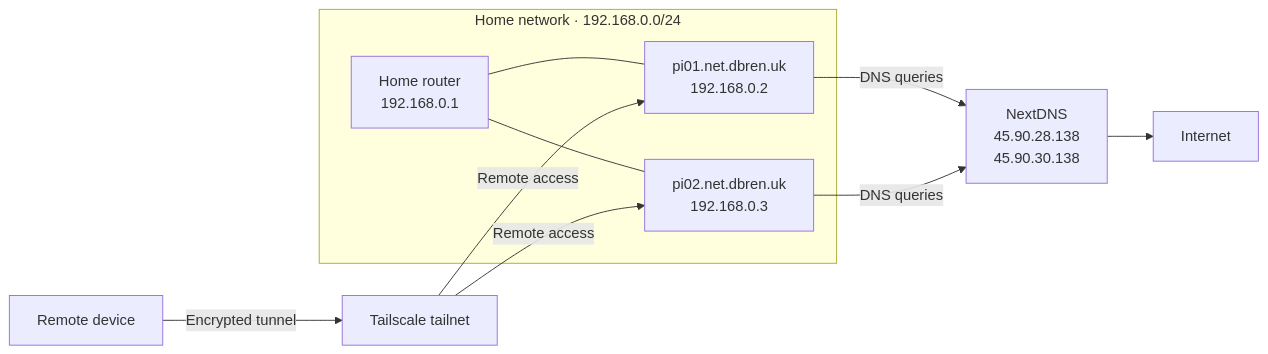
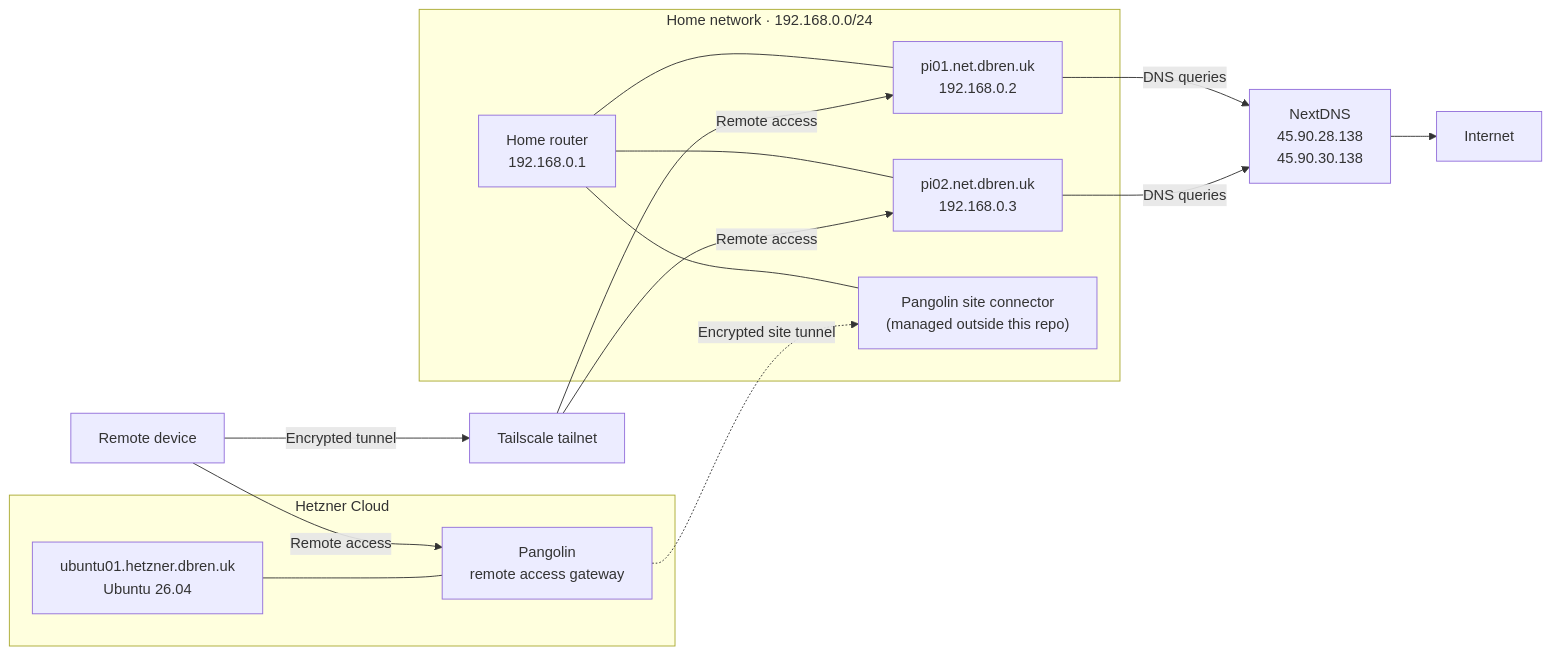
One commit to dbrennand/home-ops changed the diagram in docs/architecture.md. Above: the diagram before and after it, drawn with Mermaid. The commit also changed other lines of this file and 3 other files, not shown here.

Commit message:
docs: document Pangolin and Hetzner VPS

````diff
--- a/docs/architecture.md
+++ b/docs/architecture.md
@@ -6,20 +6,30 @@
 ```mermaid
 flowchart LR
     remote["Remote device"] -->|Encrypted tunnel| tailscale["Tailscale tailnet"]
+    remote -->|Remote access| pangolin
+
+    subgraph cloud["Hetzner Cloud"]
+        vps["ubuntu01.hetzner.dbren.uk<br/>Ubuntu 26.04"]
+        pangolin["Pangolin<br/>remote access gateway"]
+        vps --- pangolin
+    end
 
     subgraph home["Home network · 192.168.0.0/24"]
         router["Home router<br/>192.168.0.1"]
         pi01["pi01.net.dbren.uk<br/>192.168.0.2"]
         pi02["pi02.net.dbren.uk<br/>192.168.0.3"]
+        site["Pangolin site connector<br/>(managed outside this repo)"]
 
         router --- pi01
         router --- pi02
+        router --- site
     end
 
     pi01 -->|DNS queries| nextdns["NextDNS<br/>45.90.28.138<br/>45.90.30.138"]
     pi02 -->|DNS queries| nextdns
     nextdns --> internet["Internet"]
 
     tailscale -->|Remote access| pi01
     tailscale -->|Remote access| pi02
+    pangolin -.->|Encrypted site tunnel| site
 ```
````
